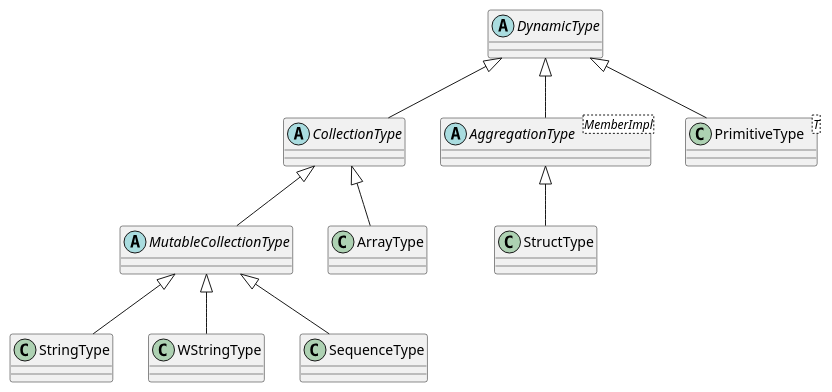
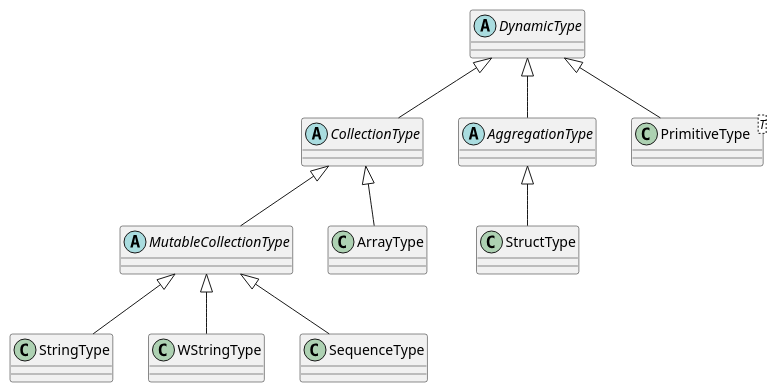
Before and after one commit to eProsima/xtypes: the diagram in doc/dds-core-xtypes/types_inheritance.puml, drawn with PlantUML. The commit also changed 12 other files, not shown here.

Commit message:
AggregationType and member refactored. Fixed Wstring issue. Refactor for each accessor. Added member index access.

```diff
--- a/doc/dds-core-xtypes/types_inheritance.puml
+++ b/doc/dds-core-xtypes/types_inheritance.puml
@@ -1,20 +1,20 @@
 @startuml
 PrimitiveType -up-|> DynamicType
 AggregationType -up-|> DynamicType
 CollectionType -up-|> DynamicType
 
 StructType -up-|> AggregationType
 
 ArrayType -up-|> CollectionType
 MutableCollectionType -up-|> CollectionType
 
 StringType -up-|> MutableCollectionType
 WStringType -up-|> MutableCollectionType
 SequenceType -up-|> MutableCollectionType
 
 abstract DynamicType
-abstract AggregationType<MemberImpl>
+abstract AggregationType
 abstract CollectionType
 abstract MutableCollectionType
 class PrimitiveType<T>
 @enduml
```
